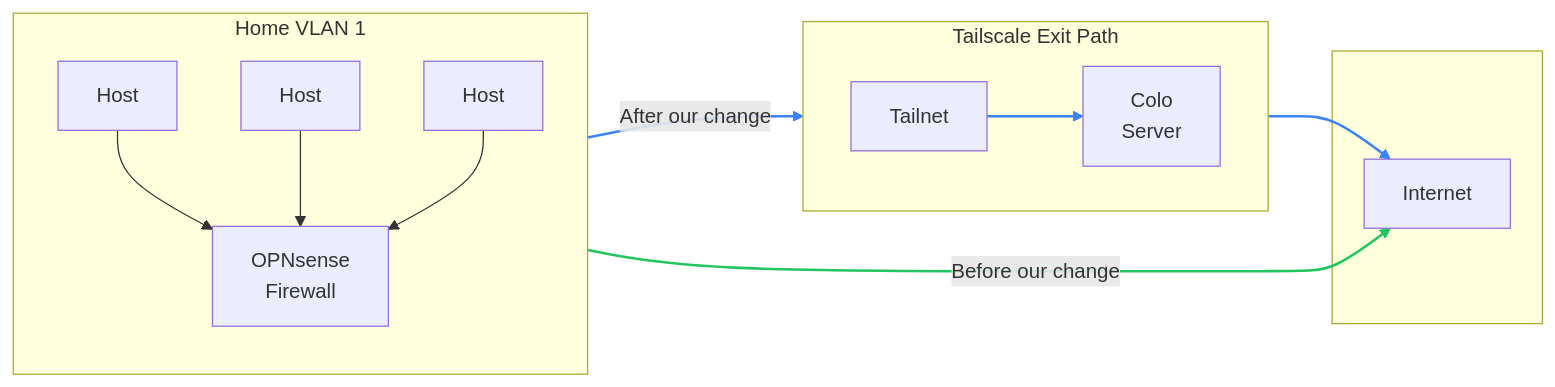
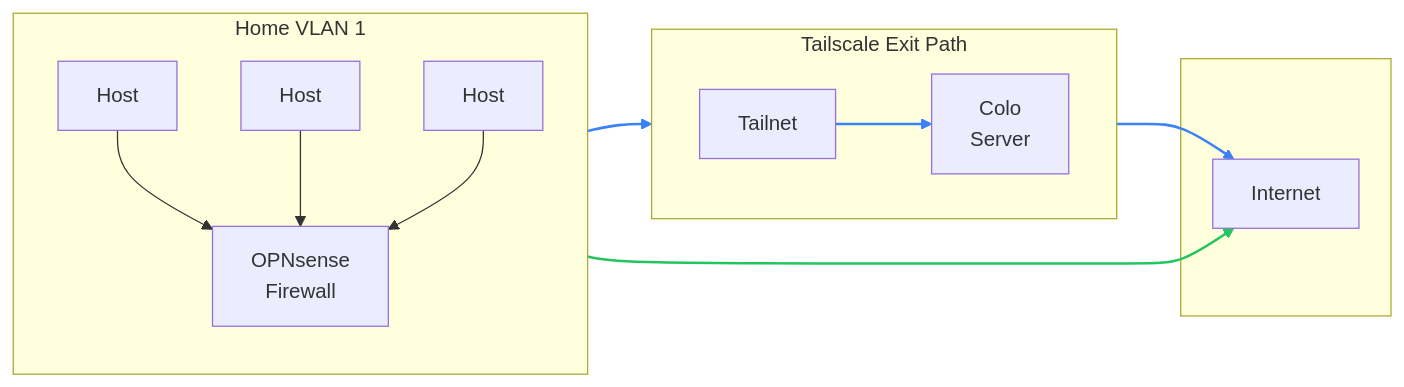
The diagram in content/blog/opnsense-multiwan/index.mdx (ndom91/home26), drawn with Mermaid before and after one commit. The commit also changed other lines of this file and 7 other files, not shown here.

First line of the commit message:
fix(mermaid): separate Internet node, legend below figure, prune orphans

````diff
--- a/content/blog/opnsense-multiwan/index.mdx
+++ b/content/blog/opnsense-multiwan/index.mdx
@@ -18,21 +18,21 @@
 ```mermaid
 flowchart LR
   subgraph vlan["Home VLAN 1"]
     direction TB
     H1[Host] --> FW["OPNsense<br/>Firewall"]
     H2[Host] --> FW
     H3[Host] --> FW
   end
-  FW -->|Before our change| NET["Internet"]
+  FW --> NET["Internet"]
   subgraph exit["Tailscale Exit Path"]
     direction LR
     TS["Tailnet"] --> COLO["Colo<br/>Server"]
   end
   subgraph wan[" "]
     NET
   end
-  FW -->|After our change| TS
+  FW --> TS
   COLO --> NET
   linkStyle 3 stroke:#22c55e,stroke-width:2px
   linkStyle 4,5,6 stroke:#3b82f6,stroke-width:2px
 ```
````
